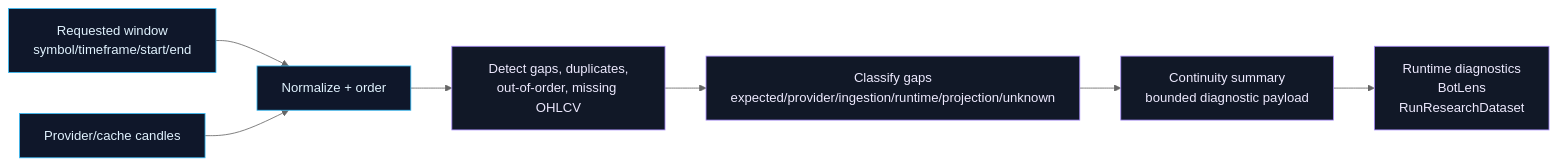
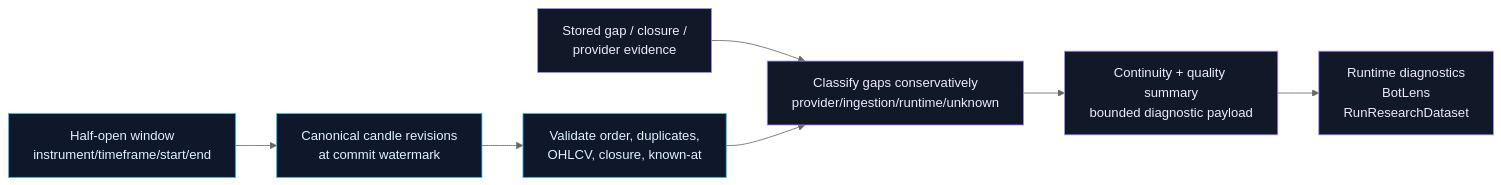
The diagram in docs/architecture/data/diagrams/candle-continuity-flow.mmd (elijahbrookss/quant-trad), drawn with Mermaid (neutral theme) before and after one commit. The commit also changed 74 other files, not shown here.

Commit message:
feat: establish canonical candle market data feed

```diff
--- a/docs/architecture/data/diagrams/candle-continuity-flow.mmd
+++ b/docs/architecture/data/diagrams/candle-continuity-flow.mmd
@@ -1,20 +1,20 @@
 flowchart LR
-    request["Requested window<br/>symbol/timeframe/start/end"]
-    candles["Provider/cache candles"]
-    normalize["Normalize + order"]
-    detect["Detect gaps, duplicates,<br/>out-of-order, missing OHLCV"]
-    classify["Classify gaps<br/>expected/provider/ingestion/runtime/projection/unknown"]
-    summary["Continuity summary<br/>bounded diagnostic payload"]
+    request["Half-open window<br/>instrument/timeframe/start/end"]
+    candles["Canonical candle revisions<br/>at commit watermark"]
+    evidence["Stored gap / closure /<br/>provider evidence"]
+    validate["Validate order, duplicates,<br/>OHLCV, closure, known-at"]
+    classify["Classify gaps conservatively<br/>provider/ingestion/runtime/unknown"]
+    summary["Continuity + quality summary<br/>bounded diagnostic payload"]
     consumers["Runtime diagnostics<br/>BotLens<br/>RunResearchDataset"]
 
-    request --> normalize
-    candles --> normalize
-    normalize --> detect
-    detect --> classify
+    request --> candles
+    candles --> validate
+    evidence --> classify
+    validate --> classify
     classify --> summary
     summary --> consumers
 
     classDef truth fill:#0f172a,stroke:#38bdf8,color:#e0f2fe
     classDef diagnostic fill:#111827,stroke:#a78bfa,color:#ede9fe
-    class request,candles,normalize truth
-    class detect,classify,summary,consumers diagnostic
+    class request,candles,validate truth
+    class evidence,classify,summary,consumers diagnostic
```
